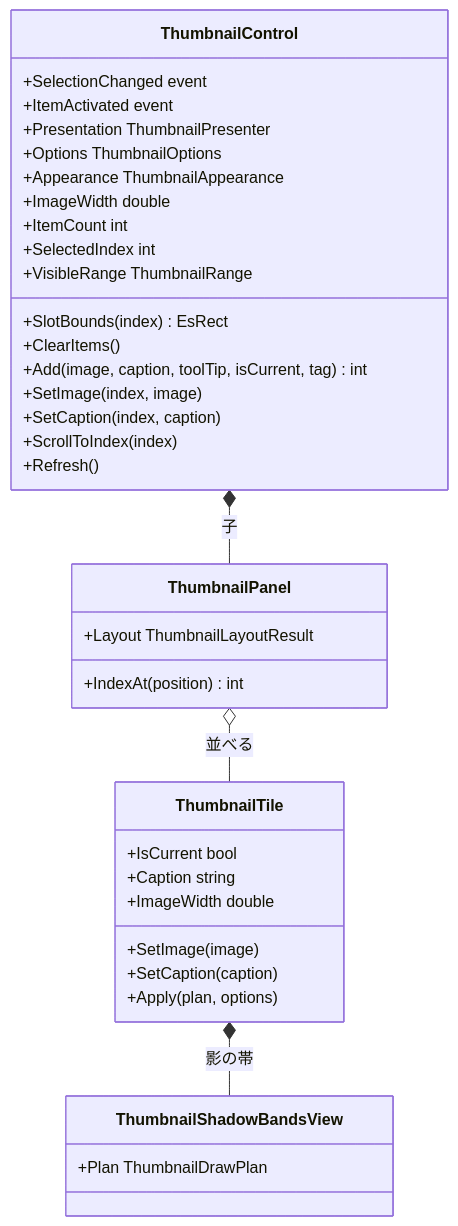
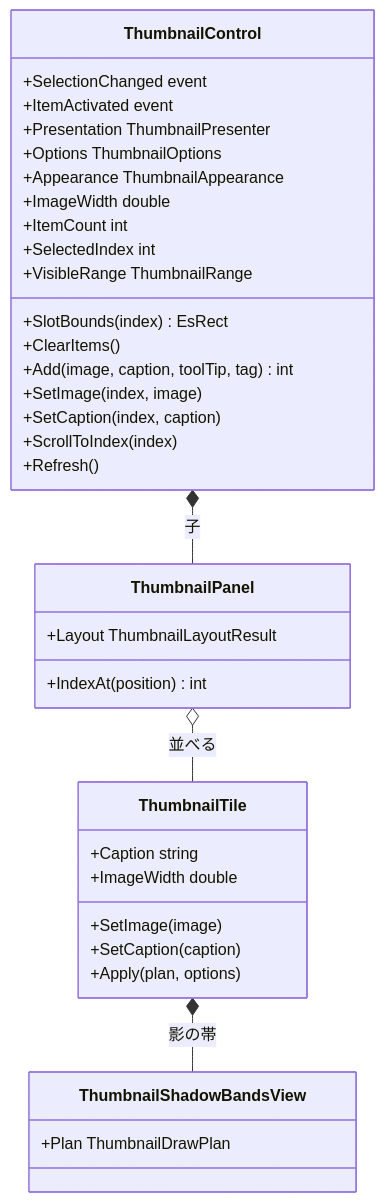
The second of 3 diagrams in EsUtil.Ui.AvaloniaUI/Thumbnail/docs/SPEC_System.md (tomokuni/EsUtil), drawn with Mermaid before and after one commit. The commit also changed 52 other files, not shown here.

````diff
--- a/EsUtil.Ui.AvaloniaUI/Thumbnail/docs/SPEC_System.md
+++ b/EsUtil.Ui.AvaloniaUI/Thumbnail/docs/SPEC_System.md
@@ -105,40 +105,39 @@
 ```mermaid
 classDiagram
     class ThumbnailControl {
         +SelectionChanged event
         +ItemActivated event
         +Presentation ThumbnailPresenter
         +Options ThumbnailOptions
         +Appearance ThumbnailAppearance
         +ImageWidth double
         +ItemCount int
         +SelectedIndex int
         +VisibleRange ThumbnailRange
         +SlotBounds(index) EsRect
         +ClearItems()
-        +Add(image, caption, toolTip, isCurrent, tag) int
+        +Add(image, caption, toolTip, tag) int
         +SetImage(index, image)
         +SetCaption(index, caption)
         +ScrollToIndex(index)
         +Refresh()
     }
     class ThumbnailPanel {
         +Layout ThumbnailLayoutResult
         +IndexAt(position) int
     }
     class ThumbnailTile {
-        +IsCurrent bool
         +Caption string
         +ImageWidth double
         +SetImage(image)
         +SetCaption(caption)
         +Apply(plan, options)
     }
     class ThumbnailShadowBandsView {
         +Plan ThumbnailDrawPlan
     }
 
     ThumbnailControl *-- ThumbnailPanel : 子
     ThumbnailPanel o-- ThumbnailTile : 並べる
     ThumbnailTile *-- ThumbnailShadowBandsView : 影の帯
 ```
````
